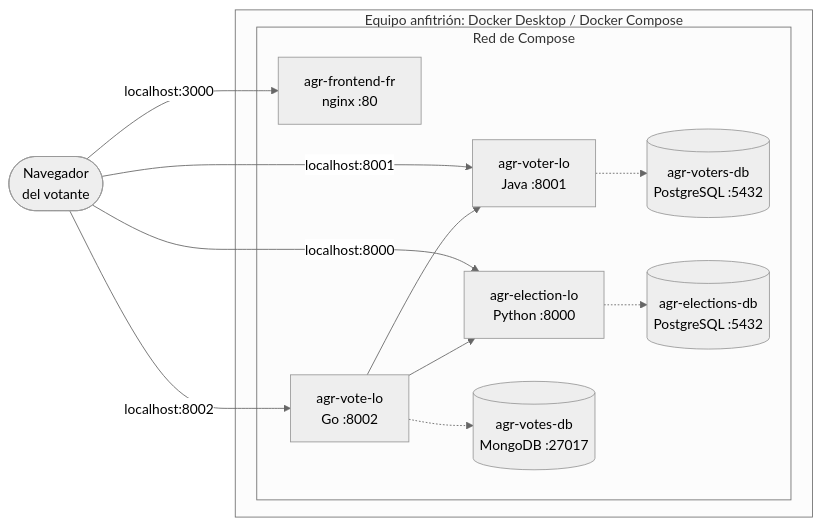
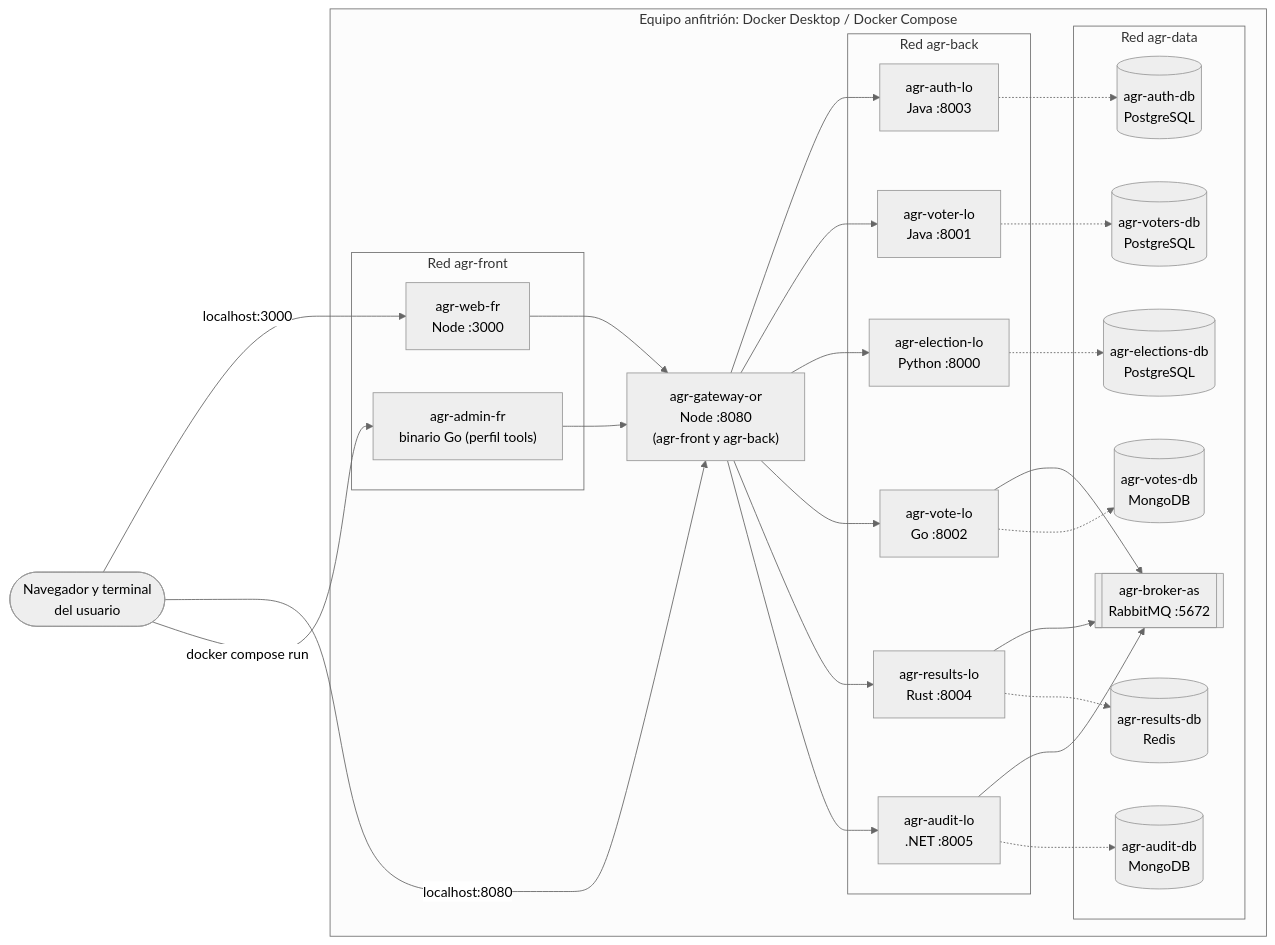
The second of 4 diagrams in README.md (Cam152/ArquiSoft), drawn with Mermaid (neutral theme) before and after one commit. The commit also changed other lines of this file, not shown here.

Commit message:
README del Prototipo 2

````diff
--- a/README.md
+++ b/README.md
@@ -495,24 +496,48 @@
 ```mermaid
 flowchart LR
-  user(["Navegador<br/>del votante"])
+  user(["Navegador y terminal<br/>del usuario"])
   subgraph HOST["Equipo anfitrión: Docker Desktop / Docker Compose"]
-    subgraph NET["Red de Compose"]
-      FRc["agr-frontend-fr<br/>nginx :80"]
-      VSc["agr-voter-lo<br/>Java :8001"]
-      TSc["agr-vote-lo<br/>Go :8002"]
-      ESc["agr-election-lo<br/>Python :8000"]
-      VDBc[("agr-voters-db<br/>PostgreSQL :5432")]
-      TDBc[("agr-votes-db<br/>MongoDB :27017")]
-      EDBc[("agr-elections-db<br/>PostgreSQL :5432")]
+    subgraph NETF["Red agr-front"]
+      WEBc["agr-web-fr<br/>Node :3000"]
+      ADMc["agr-admin-fr<br/>binario Go (perfil tools)"]
+    end
+    GWc["agr-gateway-or<br/>Node :8080<br/>(agr-front y agr-back)"]
+    subgraph NETB["Red agr-back"]
+      AUc["agr-auth-lo<br/>Java :8003"]
+      VOc["agr-voter-lo<br/>Java :8001"]
+      ELc["agr-election-lo<br/>Python :8000"]
+      VTc["agr-vote-lo<br/>Go :8002"]
+      RSc["agr-results-lo<br/>Rust :8004"]
+      ADc["agr-audit-lo<br/>.NET :8005"]
+    end
+    subgraph NETD["Red agr-data"]
+      BRc[["agr-broker-as<br/>RabbitMQ :5672"]]
+      ADBc[("agr-auth-db<br/>PostgreSQL")]
+      VDBc[("agr-voters-db<br/>PostgreSQL")]
+      EDBc[("agr-elections-db<br/>PostgreSQL")]
+      TDBc[("agr-votes-db<br/>MongoDB")]
+      RDBc[("agr-results-db<br/>Redis")]
+      UDBc[("agr-audit-db<br/>MongoDB")]
     end
   end
-  user -- "localhost:3000" --> FRc
-  user -- "localhost:8001" --> VSc
-  user -- "localhost:8002" --> TSc
-  user -- "localhost:8000" --> ESc
-  TSc --> VSc
-  TSc --> ESc
-  VSc -.-> VDBc
-  TSc -.-> TDBc
-  ESc -.-> EDBc
+  user -- "localhost:3000" --> WEBc
+  user -- "localhost:8080" --> GWc
+  user -- "docker compose run" --> ADMc
+  WEBc --> GWc
+  ADMc --> GWc
+  GWc --> AUc
+  GWc --> VOc
+  GWc --> ELc
+  GWc --> VTc
+  GWc --> RSc
+  GWc --> ADc
+  VTc --> BRc
+  RSc --> BRc
+  ADc --> BRc
+  AUc -.-> ADBc
+  VOc -.-> VDBc
+  ELc -.-> EDBc
+  VTc -.-> TDBc
+  RSc -.-> RDBc
+  ADc -.-> UDBc
 ```
````
